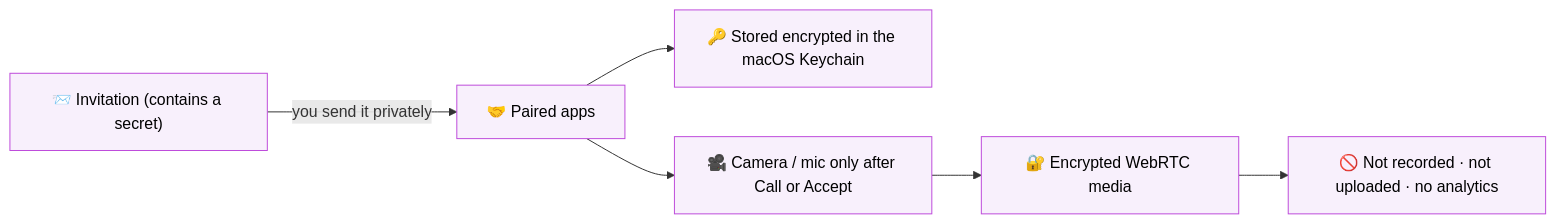
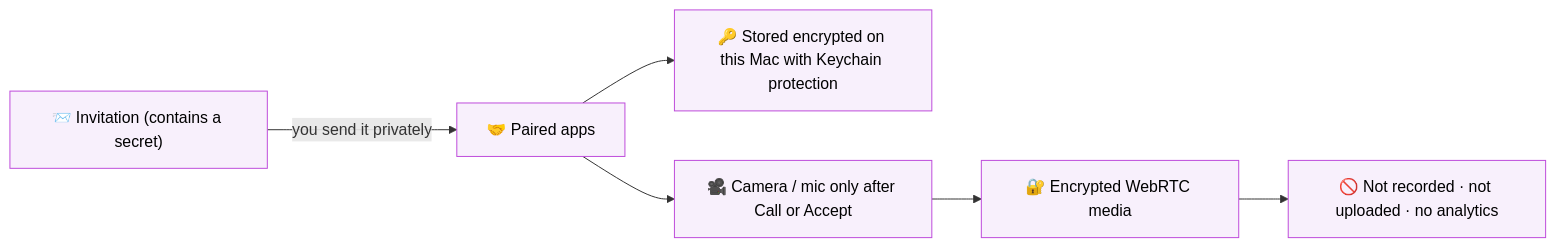
One commit to CemSarp/ZoomTime changed the fifth of 7 diagrams in README.md. Above: the diagram before and after it, drawn with Mermaid. The commit also changed other lines of this file and 68 other files, not shown here.

````diff
--- a/README.md
+++ b/README.md
@@ -222,11 +226,11 @@
 ```mermaid
 flowchart LR
     I["📨 Invitation (contains a secret)"] -->|you send it privately| P["🤝 Paired apps"]
-    P --> K["🔑 Stored encrypted in the macOS Keychain"]
+    P --> K["🔑 Stored encrypted on this Mac with Keychain protection"]
     P --> C["🎥 Camera / mic only after Call or Accept"]
     C --> E["🔐 Encrypted WebRTC media"]
     E --> N["🚫 Not recorded · not uploaded · no analytics"]
 
     classDef step fill:#f8f0fc,stroke:#be4bdb,color:#000
     class I,P,K,C,E,N step
 ```
````
